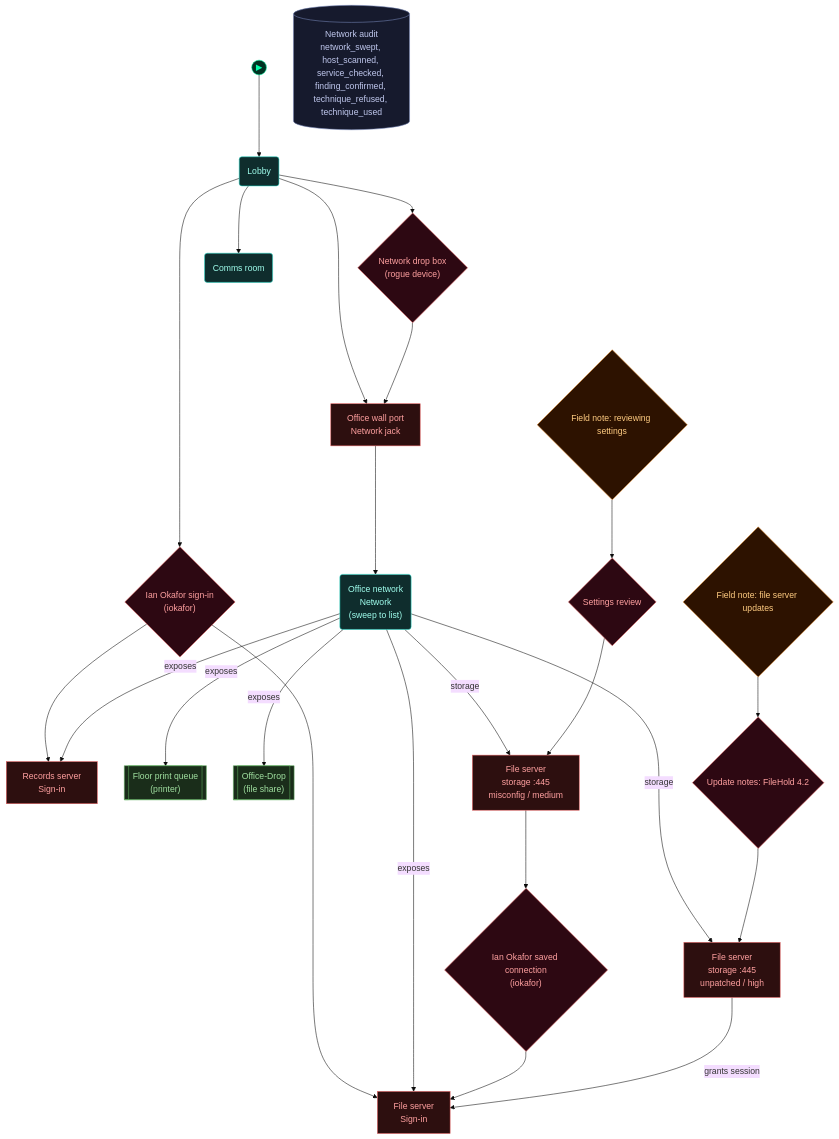
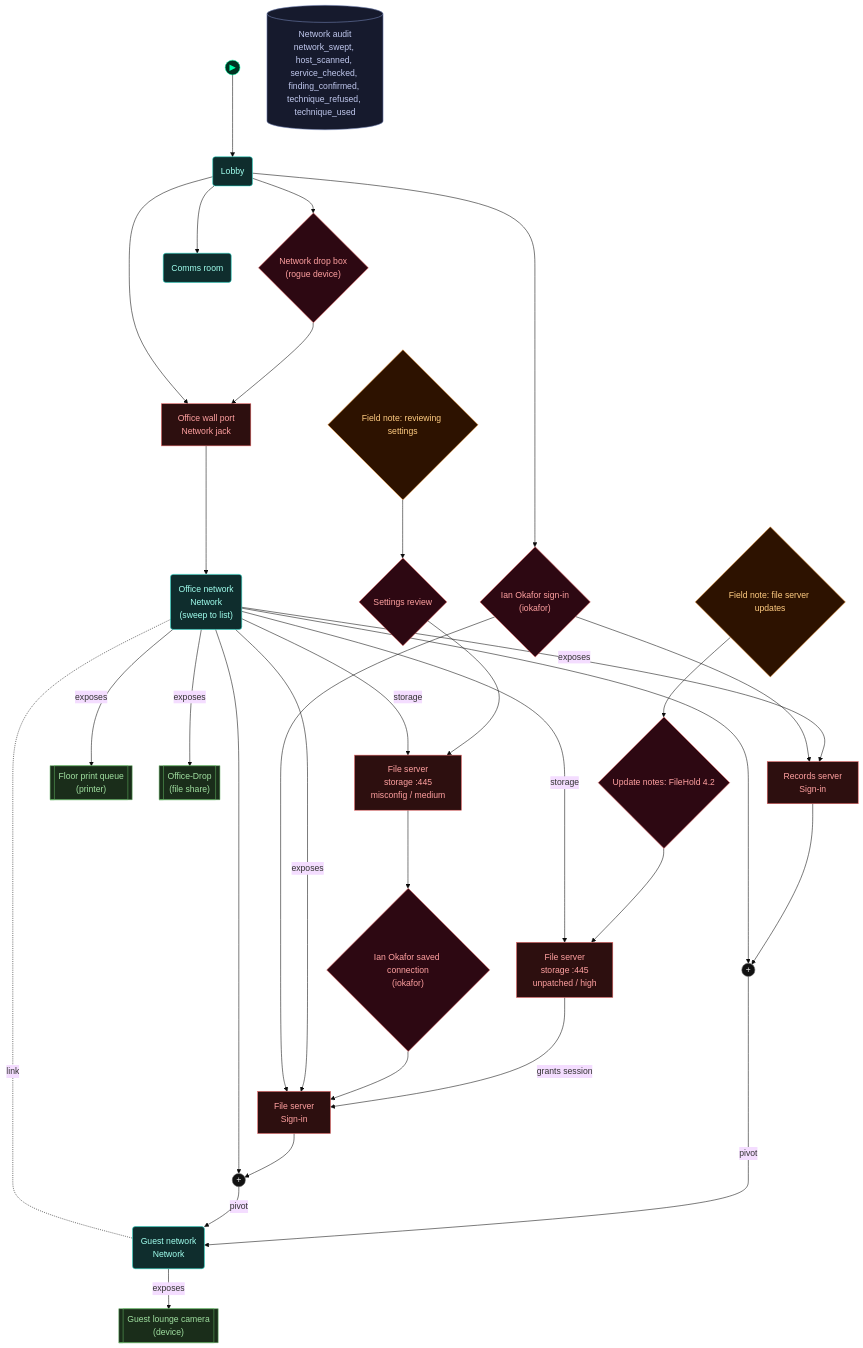
The first of 5 diagrams in scenarios/test_ops_skin/dungeon_graph.md (cliffe/BreakEscape), drawn with Mermaid (base theme) before and after one commit. The commit also changed other lines of this file and 10 other files, not shown here.

Commit message:
Ops S6 unit 23: test_ops_skin links (default Terminal, authored cli fields, open guest network, three realism links), regenerated catalog index and graph, link serving, separation and staging tests, PLAYTEST beats D1 and K3

```diff
--- a/scenarios/test_ops_skin/dungeon_graph.md
+++ b/scenarios/test_ops_skin/dungeon_graph.md
@@ -85,6 +87,10 @@
   resource_office_drop[["Office-Drop<br/>(file share)"]]
   weak_files01_storage_entry_a["File server<br/>storage :445<br/>unpatched / high"]
   weak_files01_storage_entry_c["File server<br/>storage :445<br/>misconfig / medium"]
+  net_guest_lan("Guest network<br/>Network")
+  host_guest_cam01[["Guest lounge camera<br/>(device)"]]
+  pivot_files01((" + "))
+  pivot_records01((" + "))
   comms_room("Comms room")
   log_network_audit[("Network audit<br/>network_swept, host_scanned, service_checked, finding_confirmed, technique_refused, technique_used")]
   cred_file_link{"Ian Okafor saved connection<br/>(iokafor)"}
@@ -106,6 +112,14 @@
   net_office_lan -->|exposes| resource_office_drop
   net_office_lan -->|storage| weak_files01_storage_entry_a
   net_office_lan -->|storage| weak_files01_storage_entry_c
+  net_guest_lan -->|exposes| host_guest_cam01
+  net_office_lan -.-|link| net_guest_lan
+  net_office_lan --> pivot_files01
+  lock_files01 --> pivot_files01
+  pivot_files01 -->|pivot| net_guest_lan
+  net_office_lan --> pivot_records01
+  lock_records01 --> pivot_records01
+  pivot_records01 -->|pivot| net_guest_lan
   lobby --> comms_room
   cred_file_link --> lock_files01
   cred_src_card_update --> tech_update_notes
@@ -117,8 +131,9 @@
 
   class lock_files01,lock_records01,jack_office_port,weak_files01_storage_entry_a,weak_files01_storage_entry_c lock
   class signin_ian,device_kit_dropbox,cred_file_link,tech_update_notes,tech_settings_review key
-  class lobby,net_office_lan,comms_room room
-  class resource_floor_printer,resource_office_drop container
+  class lobby,net_office_lan,net_guest_lan,comms_room room
+  class resource_floor_printer,resource_office_drop,host_guest_cam01 container
+  class pivot_files01,pivot_records01 gate
   class log_network_audit note
   class cred_src_card_update,cred_src_card_settings item
   class node_start start
```
